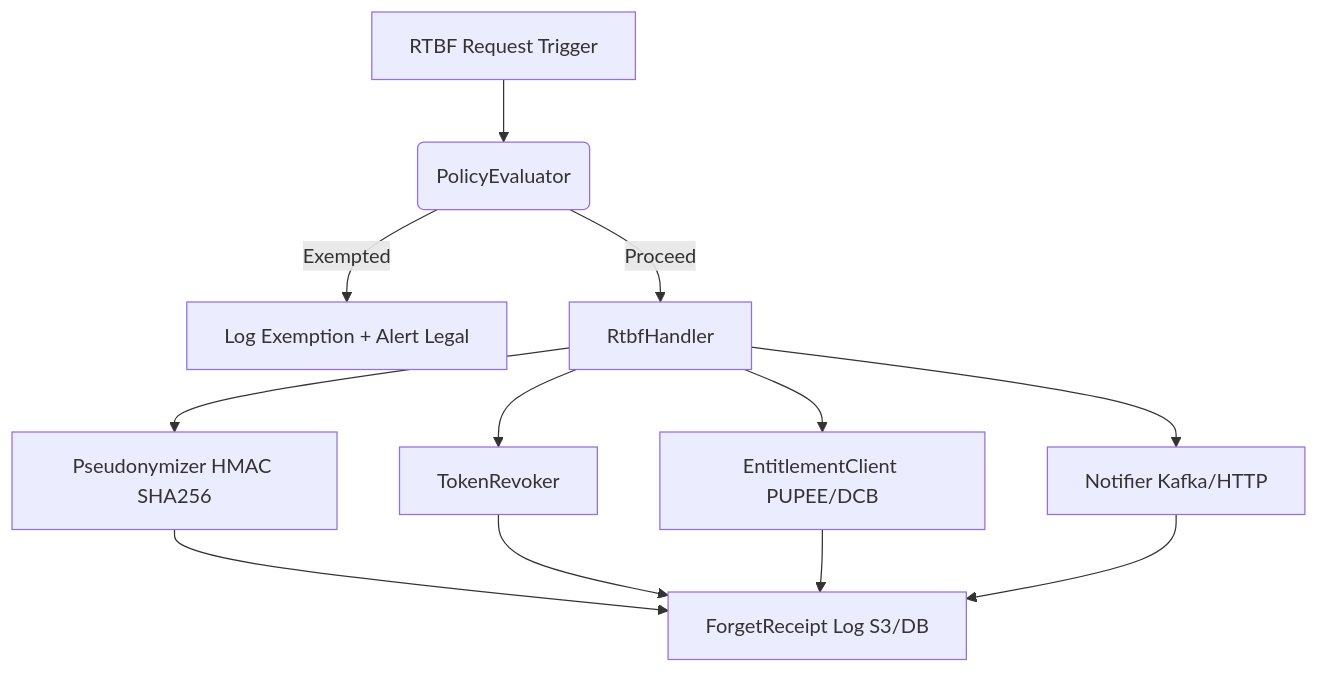
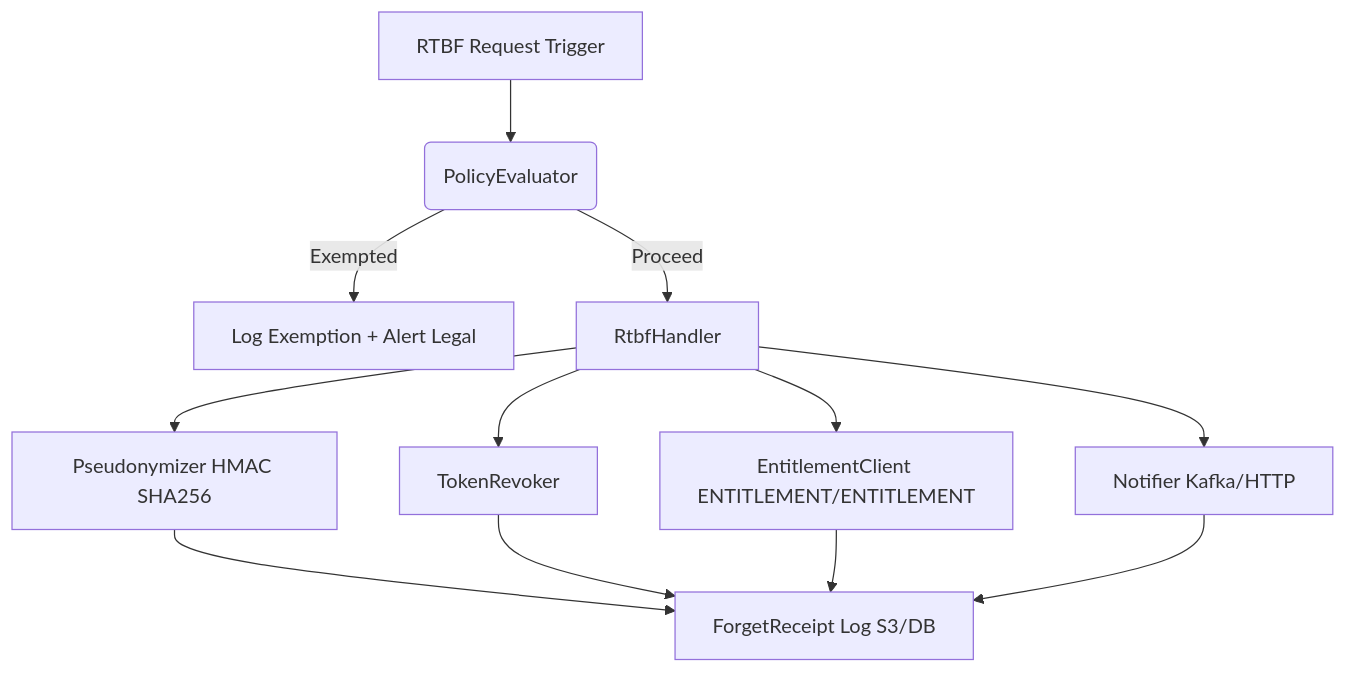
One commit to ahmedHanie93/Personal-projects changed the first of 3 diagrams in Design/designs/RTFB.md. Above: the diagram before and after it, drawn with Mermaid. The commit also changed other lines of this file and 2 other files, not shown here.

````diff
--- a/Design/designs/RTFB.md
+++ b/Design/designs/RTFB.md
@@ -62,11 +62,11 @@
 ```mermaid
 flowchart TD
     A[RTBF Request Trigger] --> B(PolicyEvaluator)
     B -->|Exempted| C[Log Exemption + Alert Legal]
     B -->|Proceed| D[RtbfHandler]
     D --> E[Pseudonymizer HMAC SHA256]
     D --> F[TokenRevoker]
-    D --> G[EntitlementClient PUPEE/DCB]
+    D --> G[EntitlementClient ENTITLEMENT/ENTITLEMENT]
     D --> H[Notifier Kafka/HTTP]
     E & F & G & H --> I[ForgetReceipt Log S3/DB]
 ```
````
